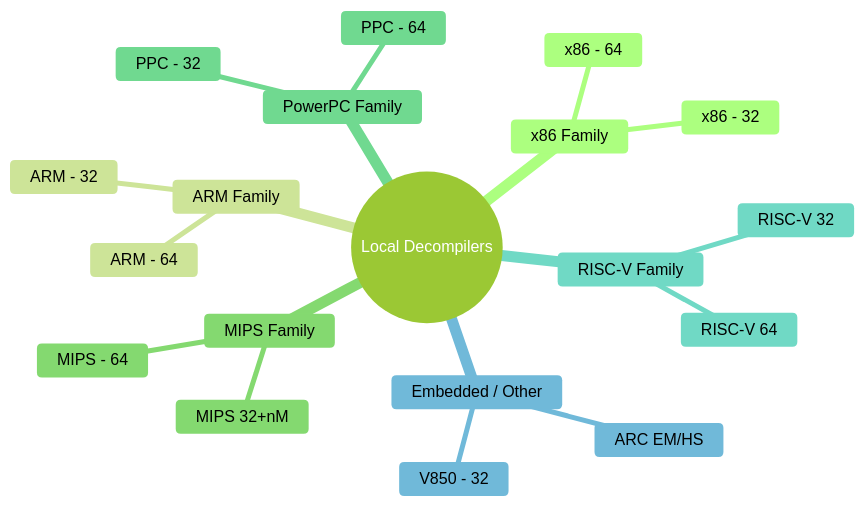
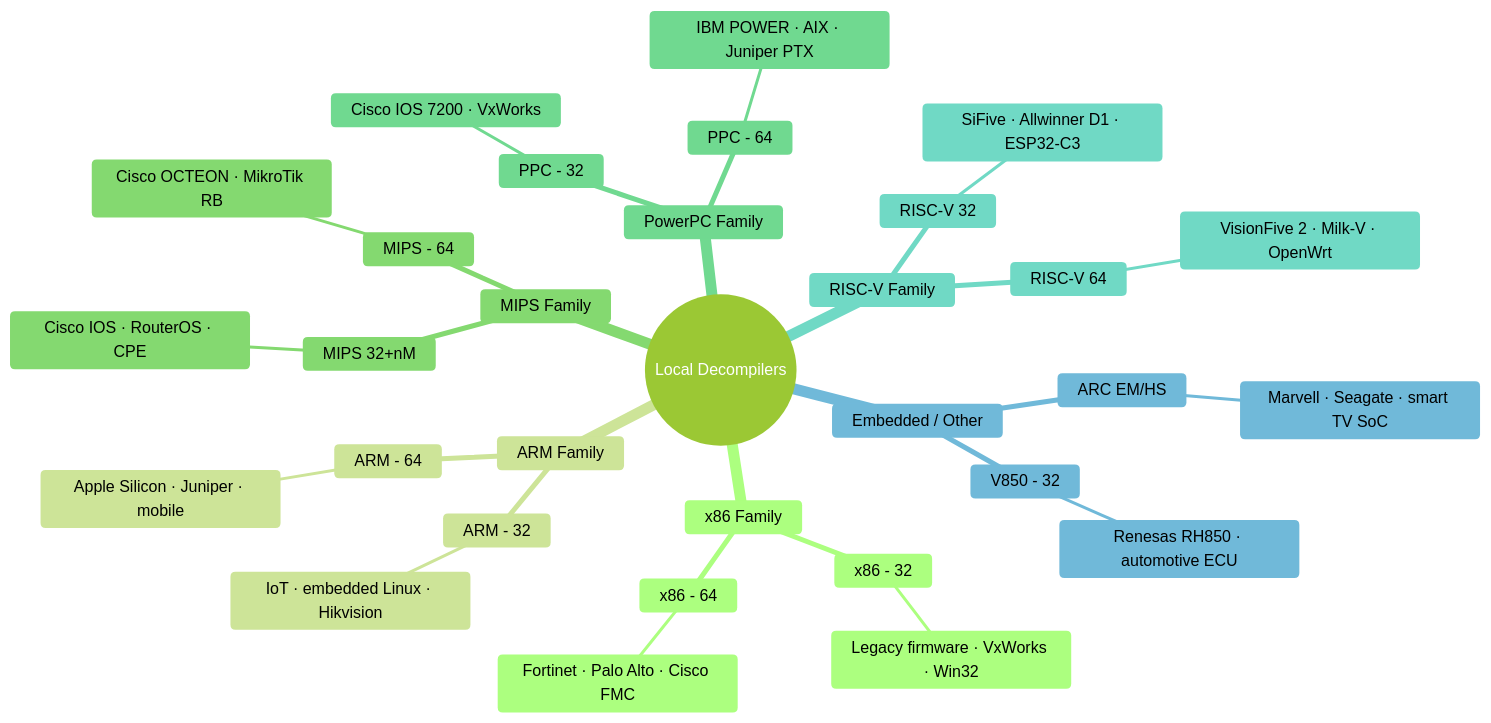
The second of 4 diagrams in README.md (Ablation-Tool/ablation), drawn with Mermaid (forest theme) before and after one commit.

Commit message:
add real-world targets to Local Decompilers mindmap

````diff
--- a/README.md
+++ b/README.md
@@ -61,22 +61,34 @@
 ```mermaid
 mindmap
   root((Local Decompilers))
     x86 Family
       x86 - 32
+        Legacy firmware · VxWorks · Win32
       x86 - 64
+        Fortinet · Palo Alto · Cisco FMC
     ARM Family
       ARM - 32
+        IoT · embedded Linux · Hikvision
       ARM - 64
+        Apple Silicon · Juniper · mobile
     MIPS Family
       MIPS 32+nM
+        Cisco IOS · RouterOS · CPE
       MIPS - 64
+        Cisco OCTEON · MikroTik RB
     PowerPC Family
       PPC - 32
+        Cisco IOS 7200 · VxWorks
       PPC - 64
+        IBM POWER · AIX · Juniper PTX
     RISC-V Family
       RISC-V 32
+        SiFive · Allwinner D1 · ESP32-C3
       RISC-V 64
+        VisionFive 2 · Milk-V · OpenWrt
     Embedded / Other
       ARC EM/HS
+        Marvell · Seagate · smart TV SoC
       V850 - 32
+        Renesas RH850 · automotive ECU
 ```
````
